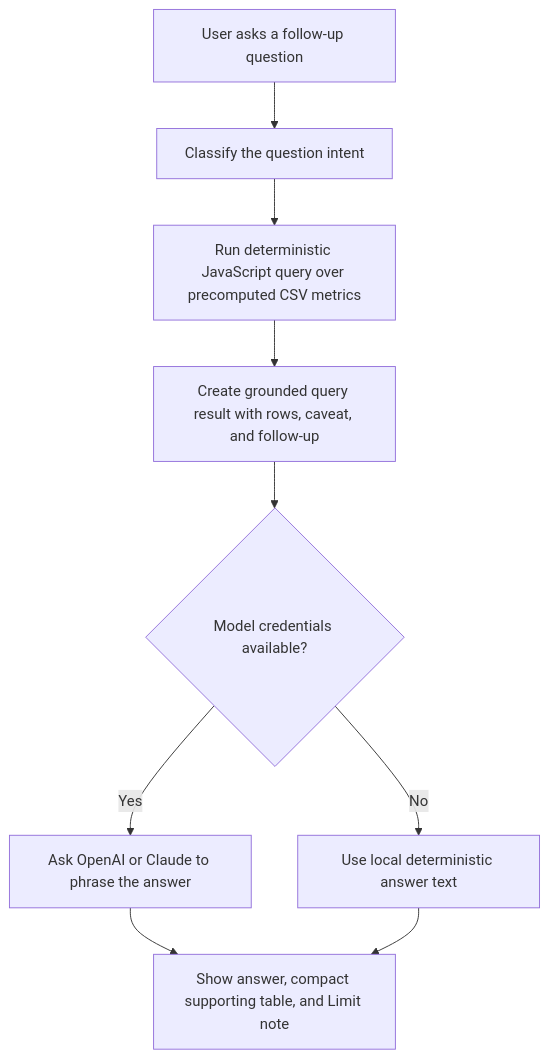
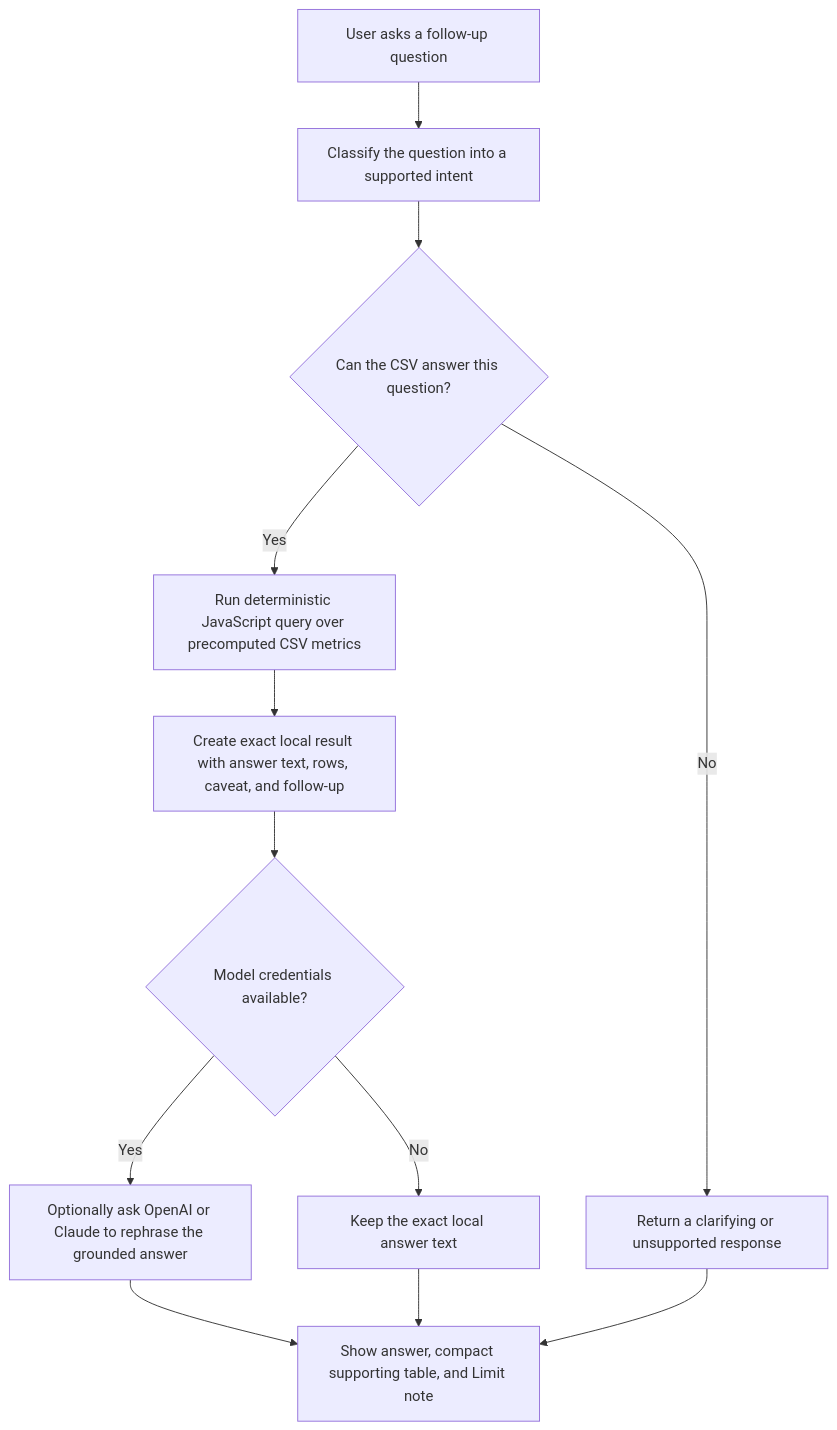
The diagram in README.md (anowens/dev-color), drawn with Mermaid before and after one commit. The commit also changed other lines of this file, not shown here.

Commit message:
[docs] clarify q&a model fallback

````diff
--- a/README.md
+++ b/README.md
@@ -65,11 +65,14 @@
 ```mermaid
 flowchart TD
-  A[User asks a follow-up question] --> B[Classify the question intent]
-  B --> C[Run deterministic JavaScript query over precomputed CSV metrics]
-  C --> D[Create grounded query result with rows, caveat, and follow-up]
-  D --> E{Model credentials available?}
-  E -->|Yes| F[Ask OpenAI or Claude to phrase the answer]
-  E -->|No| G[Use local deterministic answer text]
-  F --> H[Show answer, compact supporting table, and Limit note]
-  G --> H
+  A[User asks a follow-up question] --> B[Classify the question into a supported intent]
+  B --> C{Can the CSV answer this question?}
+  C -->|No| D[Return a clarifying or unsupported response]
+  C -->|Yes| E[Run deterministic JavaScript query over precomputed CSV metrics]
+  E --> F[Create exact local result with answer text, rows, caveat, and follow-up]
+  F --> G{Model credentials available?}
+  G -->|Yes| H[Optionally ask OpenAI or Claude to rephrase the grounded answer]
+  G -->|No| I[Keep the exact local answer text]
+  H --> J[Show answer, compact supporting table, and Limit note]
+  I --> J
+  D --> J
 ```
````
